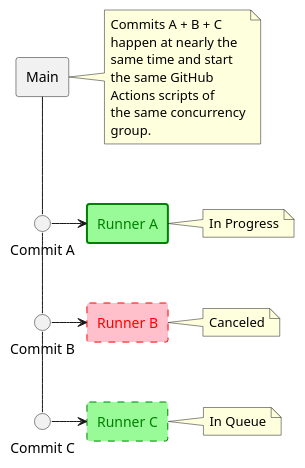
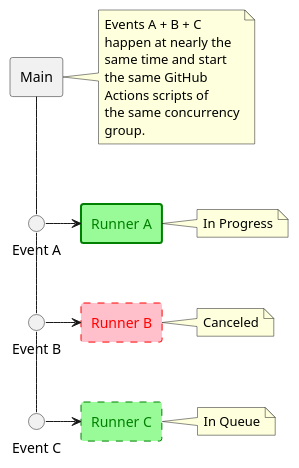
The diagram in plantuml/concurrency.puml (2425-5bhif-wmc/01-referate-HikariTempest), drawn with PlantUML before and after one commit. The commit also changed 4 other files, not shown here.

```diff
--- a/plantuml/concurrency.puml
+++ b/plantuml/concurrency.puml
@@ -1,30 +1,30 @@
 @startuml
 skinparam componentStyle rectangle
 
 agent [Main]
 note right
-Commits A + B + C
+Events A + B + C
 happen at nearly the
 same time and start
 the same GitHub
 Actions scripts of
 the same concurrency
 group.
 end note
 
 agent [Runner A] #palegreen;line:green;line.bold;text:green;
 note right: In Progress
 agent [Runner B] #pink;line:red;line.dashed;text:red;
 note right: Canceled
 agent [Runner C] #palegreen;line:green;line.dashed;text:green;
 note right: In Queue
 
-[Main]-d-"Commit A"
-"Commit A"--"Commit B"
-"Commit B"--"Commit C"
+[Main]-d-"Event A"
+"Event A"--"Event B"
+"Event B"--"Event C"
 
-"Commit A"-r->[Runner A]
-"Commit B"-r->[Runner B]
-"Commit C"-r->[Runner C]
+"Event A"-r->[Runner A]
+"Event B"-r->[Runner B]
+"Event C"-r->[Runner C]
 
 @enduml
```
